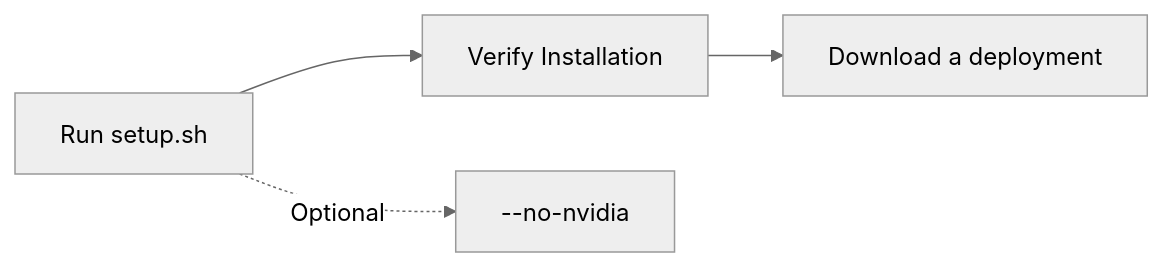
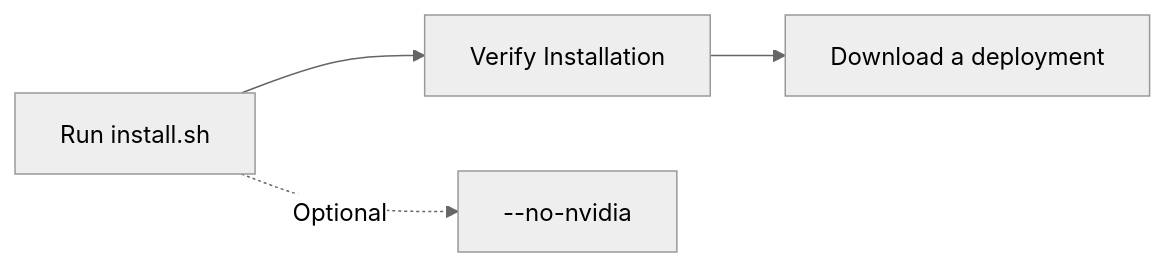
The diagram in docs/getting-started/index.md (autowarefoundation/openadkit), drawn with Mermaid (neutral theme) before and after one commit. The commit also changed other lines of this file and 22 other files, not shown here.

Commit message:
refactor: consolidate setup.sh and fetch-sample-data.sh into install.sh

````diff
--- a/docs/getting-started/index.md
+++ b/docs/getting-started/index.md
@@ -5,5 +5,5 @@
 ```mermaid
 flowchart LR
-    A[Run setup.sh] --> B[Verify Installation] --> C[Download a deployment]
+    A[Run install.sh] --> B[Verify Installation] --> C[Download a deployment]
     A -.->|Optional| D["--no-nvidia"]
 ```
````
